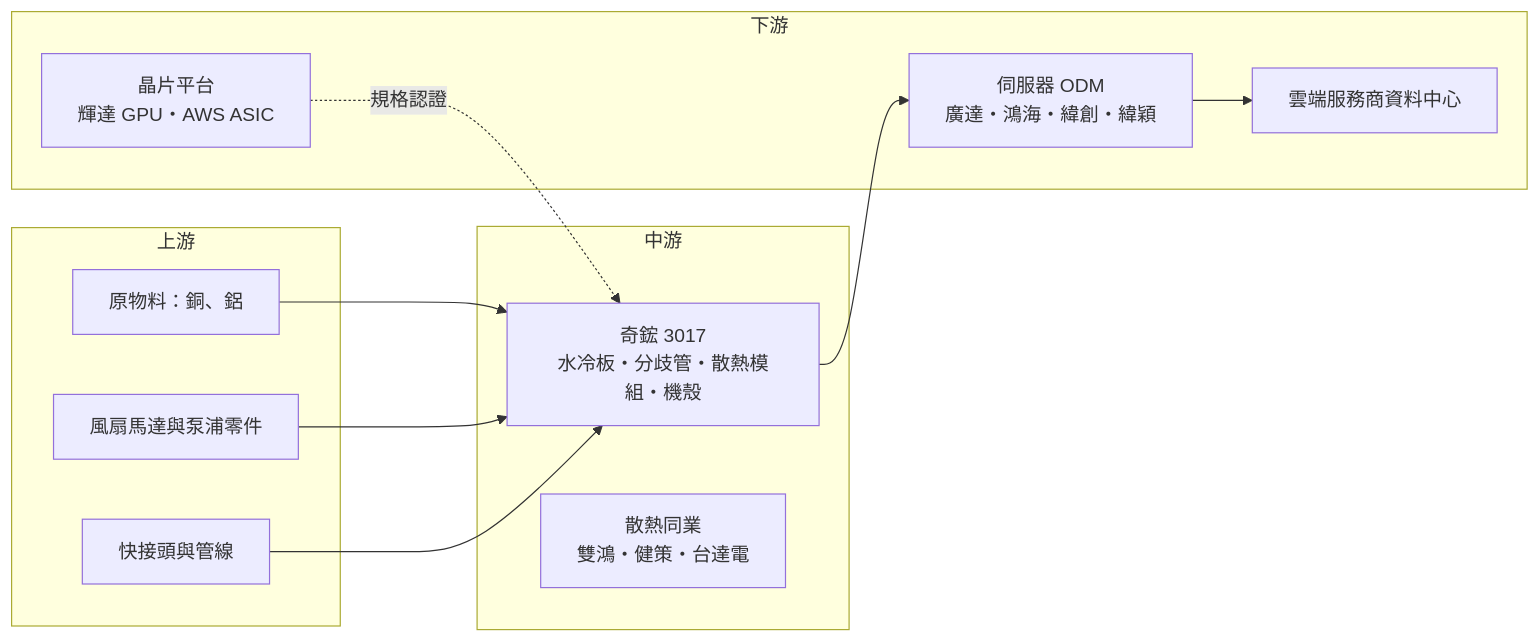
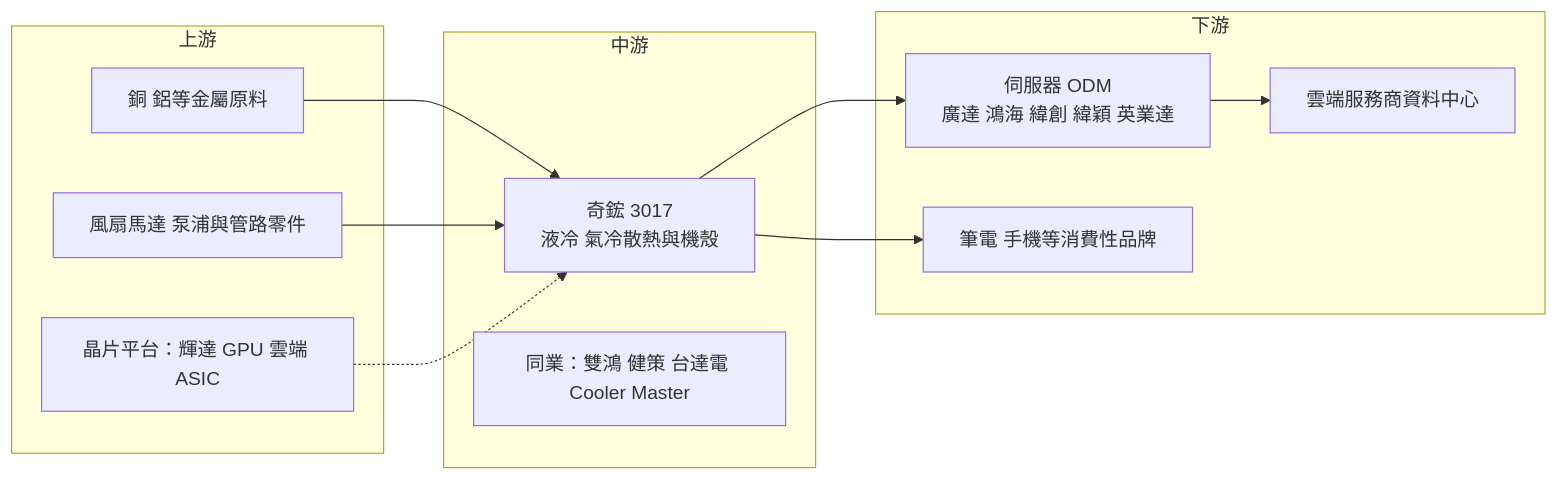
Before and after one commit to wangnick1004/taiwan-stock-vault: the fourth of 4 diagrams in 個股/台股/3017奇鋐.md, drawn with Mermaid. The commit also changed other lines of this file and 7 other files, not shown here.

````diff
--- a/個股/台股/3017奇鋐.md
+++ b/個股/台股/3017奇鋐.md
@@ -212,23 +220,23 @@
 ```mermaid
 flowchart LR
     subgraph 上游
-        A1[原物料：銅、鋁]
-        A2[風扇馬達與泵浦零件]
-        A3[快接頭與管線]
+        A1[銅 鋁等金屬原料]
+        A2[風扇馬達 泵浦與管路零件]
+        A3[晶片平台：輝達 GPU 雲端 ASIC]
     end
     subgraph 中游
-        B[奇鋐 3017<br/>水冷板・分歧管・散熱模組・機殼]
-        B2[散熱同業<br/>雙鴻・健策・台達電]
+        B[奇鋐 3017<br/>液冷 氣冷散熱與機殼]
+        B2[同業：雙鴻 健策 台達電 Cooler Master]
     end
     subgraph 下游
-        C1[伺服器 ODM<br/>廣達・鴻海・緯創・緯穎]
-        C2[晶片平台<br/>輝達 GPU・AWS ASIC]
-        C3[雲端服務商資料中心]
+        C1[伺服器 ODM<br/>廣達 鴻海 緯創 緯穎 英業達]
+        C2[雲端服務商資料中心]
+        C3[筆電 手機等消費性品牌]
     end
     A1 --> B
     A2 --> B
-    A3 --> B
-    C2 -. 規格認證 .-> B
+    A3 -.-> B
     B --> C1
-    C1 --> C3
+    C1 --> C2
+    B --> C3
 ```
````
